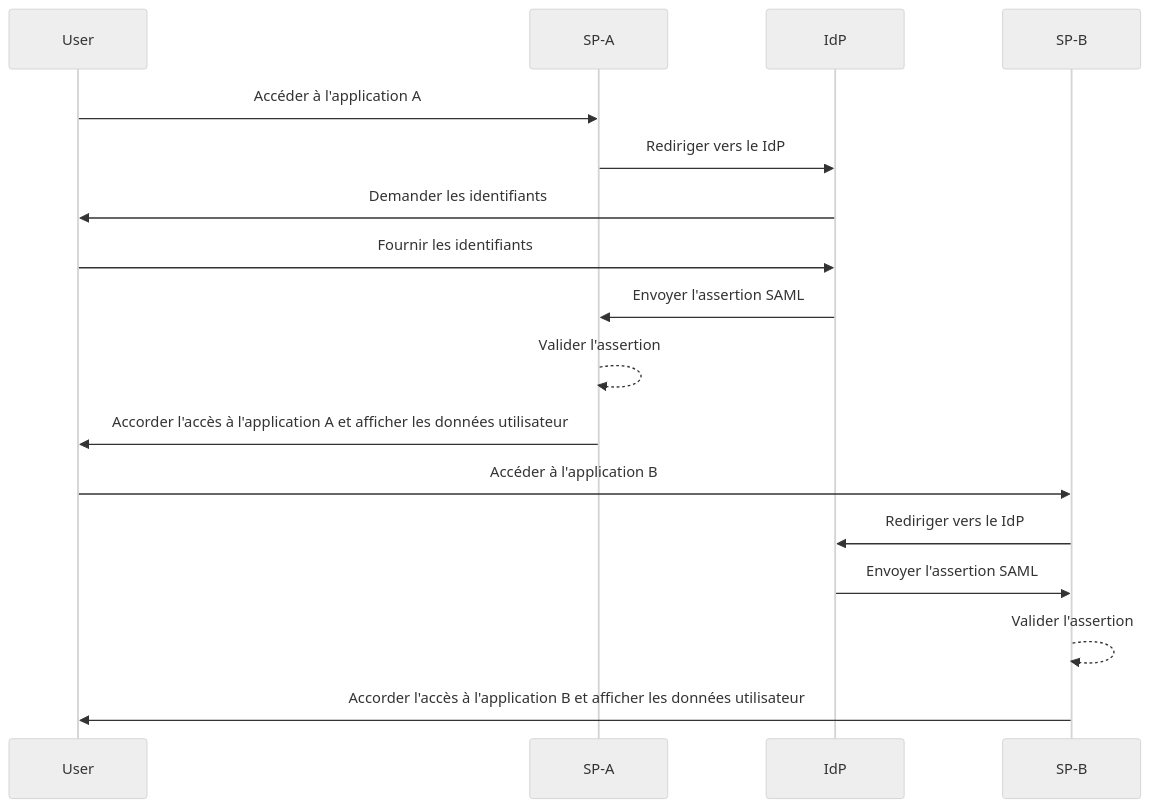
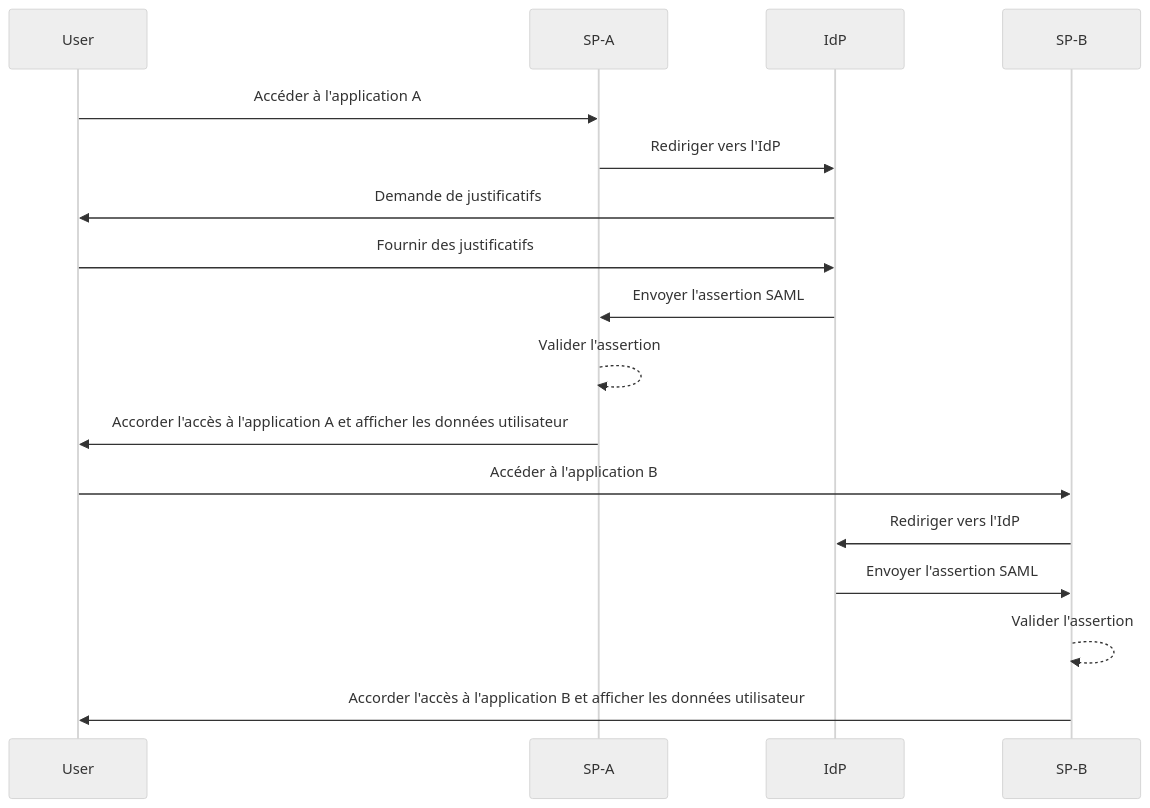
Before and after one commit to logto-io/auth-wiki: the first of 2 diagrams in src/content/terms/fr/single-sign-on.mdx, drawn with Mermaid (neutral theme). The commit also changed other lines of this file and 48 other files, not shown here.

````diff
--- a/src/content/terms/fr/single-sign-on.mdx
+++ b/src/content/terms/fr/single-sign-on.mdx
@@ -29,20 +29,20 @@
 ```mermaid
 sequenceDiagram
     participant User
     participant SP-A
     participant IdP
     participant SP-B
 
     User->>SP-A: Accéder à l'application A
-    SP-A->>IdP: Rediriger vers le IdP
-    IdP->>User: Demander les identifiants
-    User->>IdP: Fournir les identifiants
+    SP-A->>IdP: Rediriger vers l'IdP
+    IdP->>User: Demande de justificatifs
+    User->>IdP: Fournir des justificatifs
     IdP->>SP-A: Envoyer l'assertion SAML
     SP-A-->>SP-A: Valider l'assertion
     SP-A->>User: Accorder l'accès à l'application A et afficher les données utilisateur
     User->>SP-B: Accéder à l'application B
-    SP-B->>IdP: Rediriger vers le IdP
+    SP-B->>IdP: Rediriger vers l'IdP
     IdP->>SP-B: Envoyer l'assertion SAML
     SP-B-->>SP-B: Valider l'assertion
     SP-B->>User: Accorder l'accès à l'application B et afficher les données utilisateur
 ```
````
